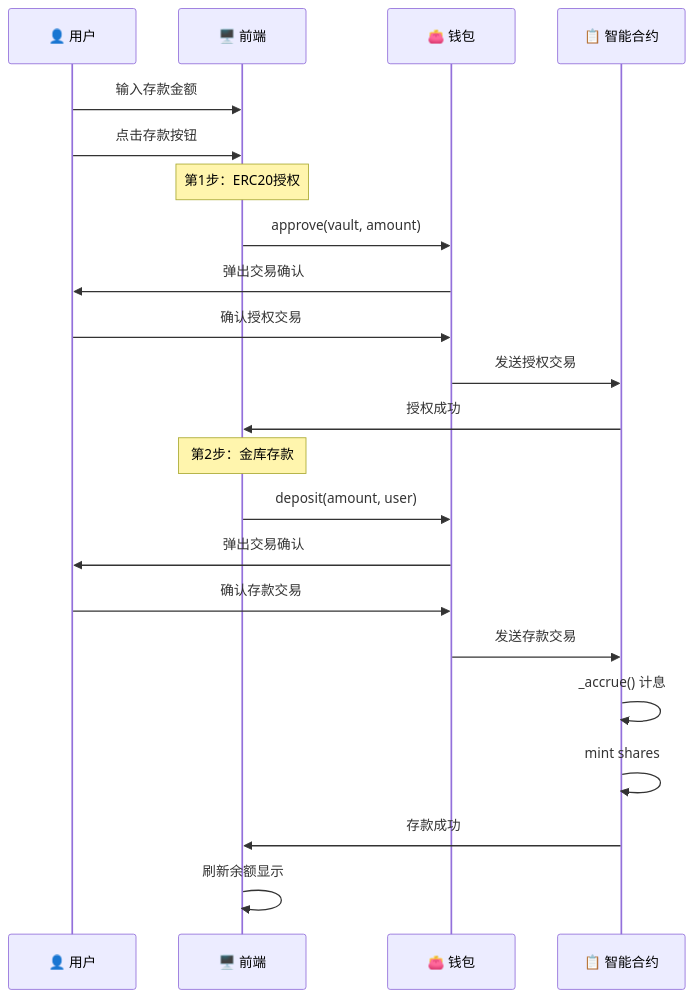
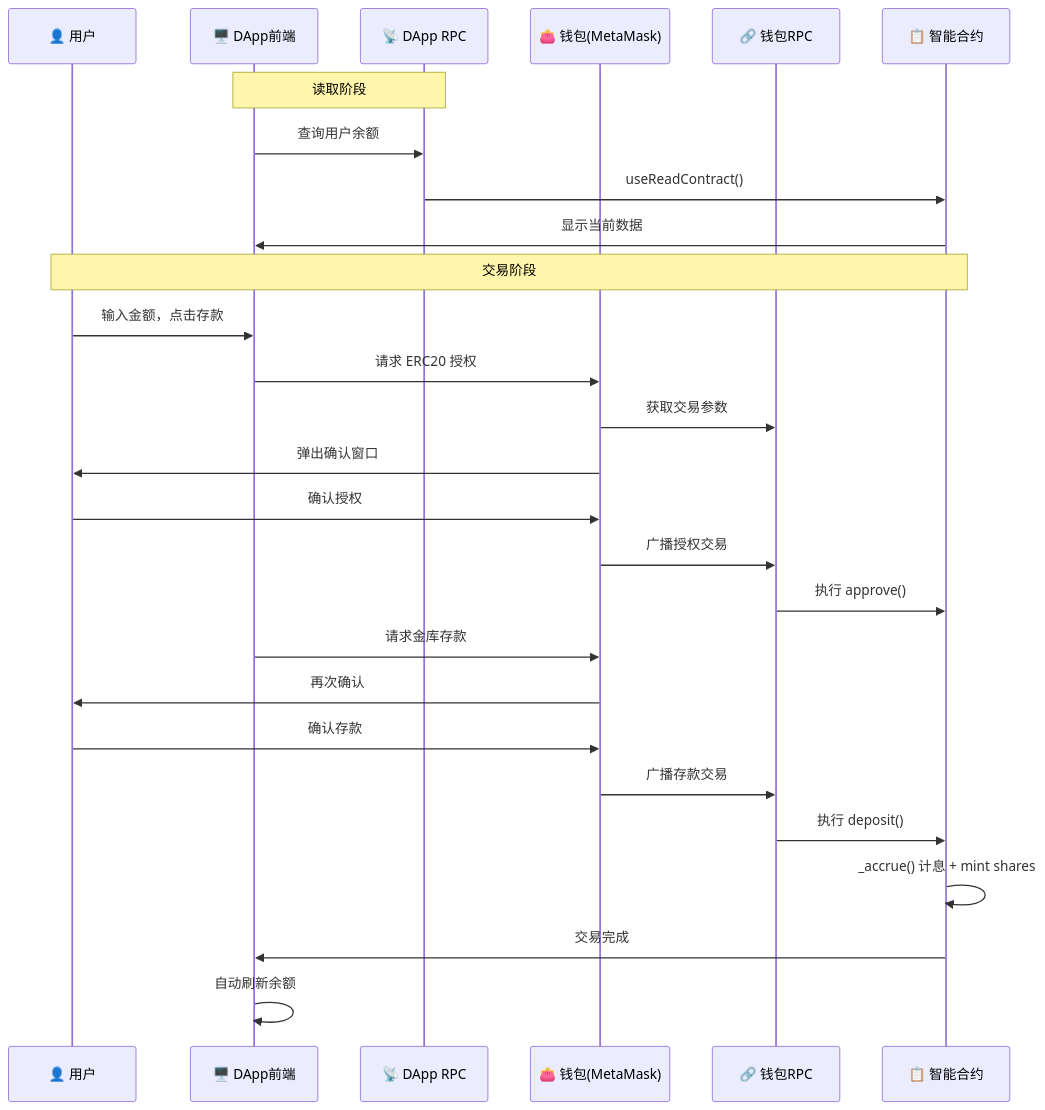
The second of 2 diagrams in docs/lessons/05-frontend.md (RohithVetri/defi-fixed-yield-course), drawn with Mermaid before and after one commit. The commit also changed other lines of this file, not shown here.

````diff
--- a/docs/lessons/05-frontend.md
+++ b/docs/lessons/05-frontend.md
@@ -124,27 +130,34 @@
 ```mermaid
 sequenceDiagram
     participant User as 👤 用户  
-    participant Frontend as 🖥️ 前端
-    participant Wallet as 👛 钱包
+    participant Frontend as 🖥️ DApp前端
+    participant DAppRPC as 📡 DApp RPC
+    participant Wallet as 👛 钱包(MetaMask)
+    participant WalletRPC as 🔗 钱包RPC
     participant Contract as 📋 智能合约
 
-    User->>Frontend: 输入存款金额
-    User->>Frontend: 点击存款按钮
+    Note over Frontend,DAppRPC: 读取阶段
+    Frontend->>DAppRPC: 查询用户余额
+    DAppRPC->>Contract: useReadContract()
+    Contract->>Frontend: 显示当前数据
+
+    Note over User,Contract: 交易阶段
+    User->>Frontend: 输入金额，点击存款
     
-    Note over Frontend: 第1步：ERC20授权
-    Frontend->>Wallet: approve(vault, amount)
-    Wallet->>User: 弹出交易确认
-    User->>Wallet: 确认授权交易
-    Wallet->>Contract: 发送授权交易
-    Contract->>Frontend: 授权成功
+    Frontend->>Wallet: 请求 ERC20 授权
+    Wallet->>WalletRPC: 获取交易参数
+    Wallet->>User: 弹出确认窗口
+    User->>Wallet: 确认授权
+    Wallet->>WalletRPC: 广播授权交易
+    WalletRPC->>Contract: 执行 approve()
     
-    Note over Frontend: 第2步：金库存款
-    Frontend->>Wallet: deposit(amount, user)
-    Wallet->>User: 弹出交易确认  
-    User->>Wallet: 确认存款交易
-    Wallet->>Contract: 发送存款交易
-    Contract->>Contract: _accrue() 计息
-    Contract->>Contract: mint shares
-    Contract->>Frontend: 存款成功
-    Frontend->>Frontend: 刷新余额显示
+    Frontend->>Wallet: 请求金库存款
+    Wallet->>User: 再次确认
+    User->>Wallet: 确认存款
+    Wallet->>WalletRPC: 广播存款交易
+    WalletRPC->>Contract: 执行 deposit()
+    Contract->>Contract: _accrue() 计息 + mint shares
+    
+    Contract->>Frontend: 交易完成
+    Frontend->>Frontend: 自动刷新余额
 ```
````
